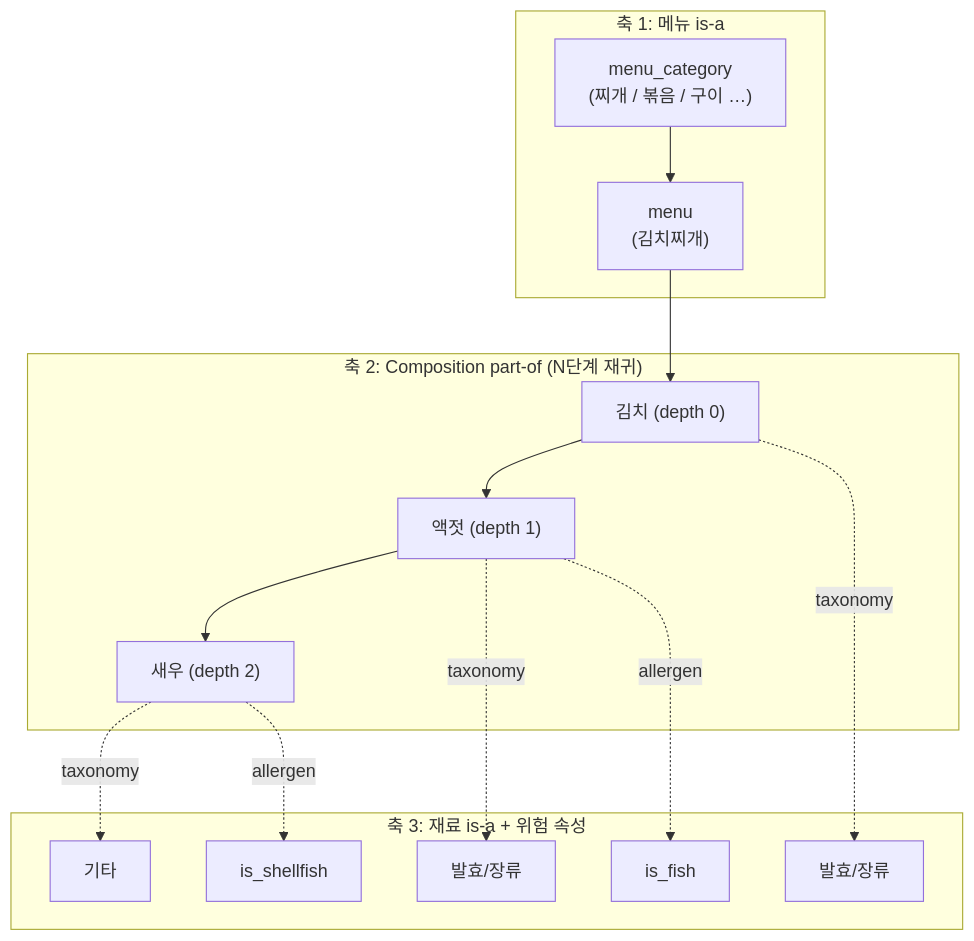
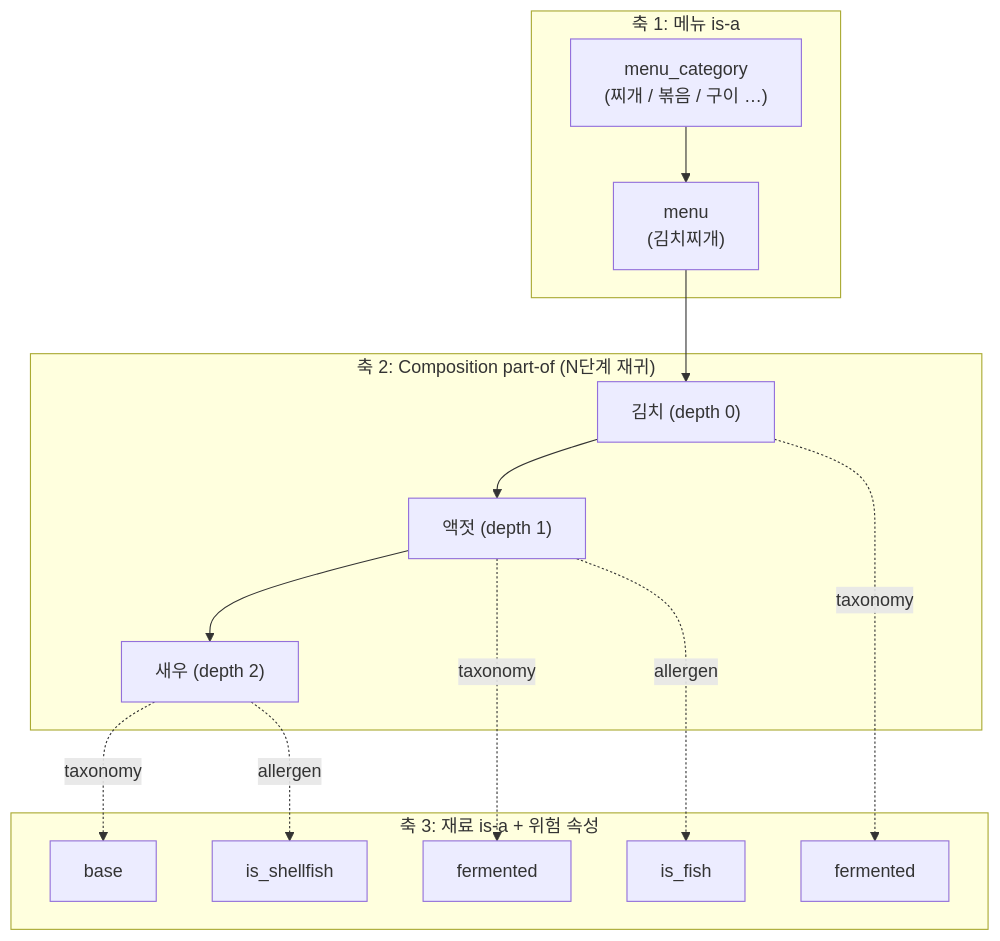
Before and after one commit to Han-Spoon/ai: the third of 3 diagrams in docs/4-tool-DBontology.md, drawn with Mermaid. The commit also changed other lines of this file and 3 other files, not shown here.

````diff
--- a/docs/4-tool-DBontology.md
+++ b/docs/4-tool-DBontology.md
@@ -535,20 +535,20 @@
 ```mermaid
 graph TB
     subgraph "축 1: 메뉴 is-a"
         MC["menu_category<br/>(찌개 / 볶음 / 구이 …)"] --> M["menu<br/>(김치찌개)"]
     end
 
     subgraph "축 2: Composition part-of (N단계 재귀)"
         M --> I0["김치 (depth 0)"]
         I0 --> I1["액젓 (depth 1)"]
         I1 --> I2["새우 (depth 2)"]
     end
 
     subgraph "축 3: 재료 is-a + 위험 속성"
-        I0 -.taxonomy.-> T0["발효/장류"]
-        I1 -.taxonomy.-> T1["발효/장류"]
-        I2 -.taxonomy.-> T2["기타"]
+        I0 -.taxonomy.-> T0["fermented"]
+        I1 -.taxonomy.-> T1["fermented"]
+        I2 -.taxonomy.-> T2["base"]
         I1 -.allergen.-> A1["is_fish"]
         I2 -.allergen.-> A2["is_shellfish"]
     end
 ```
````
